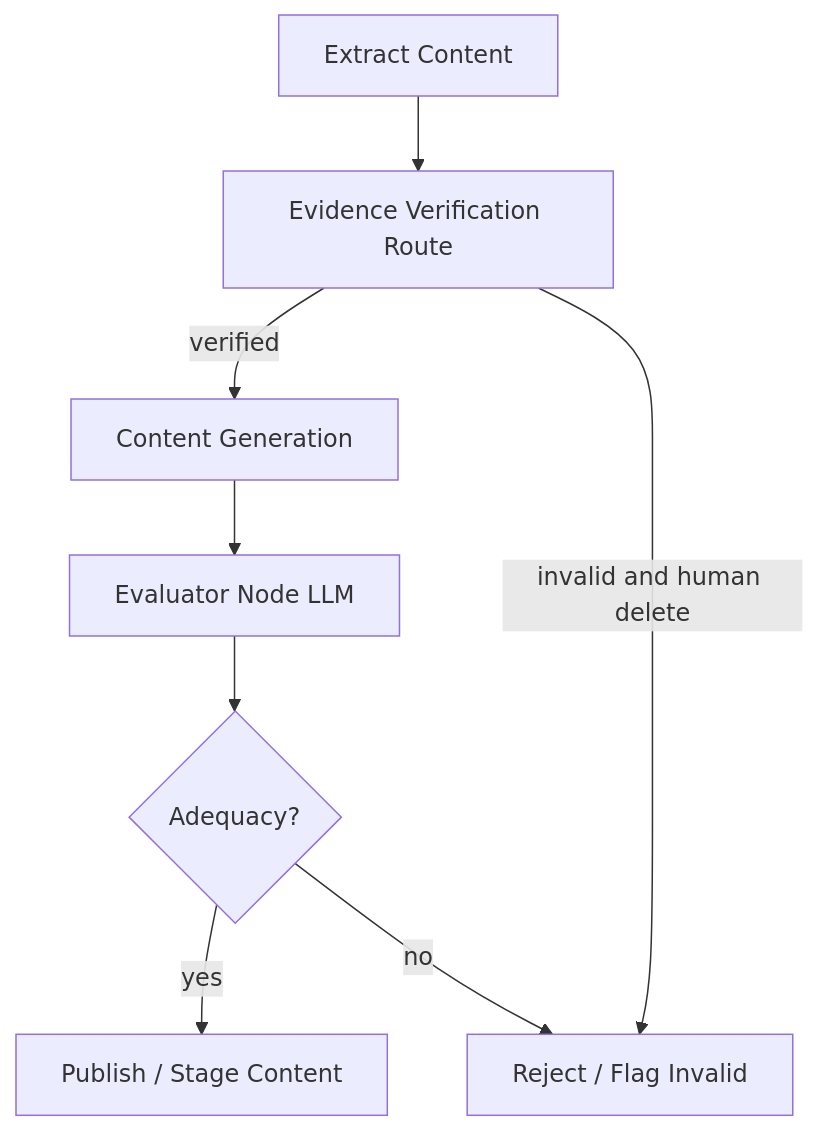
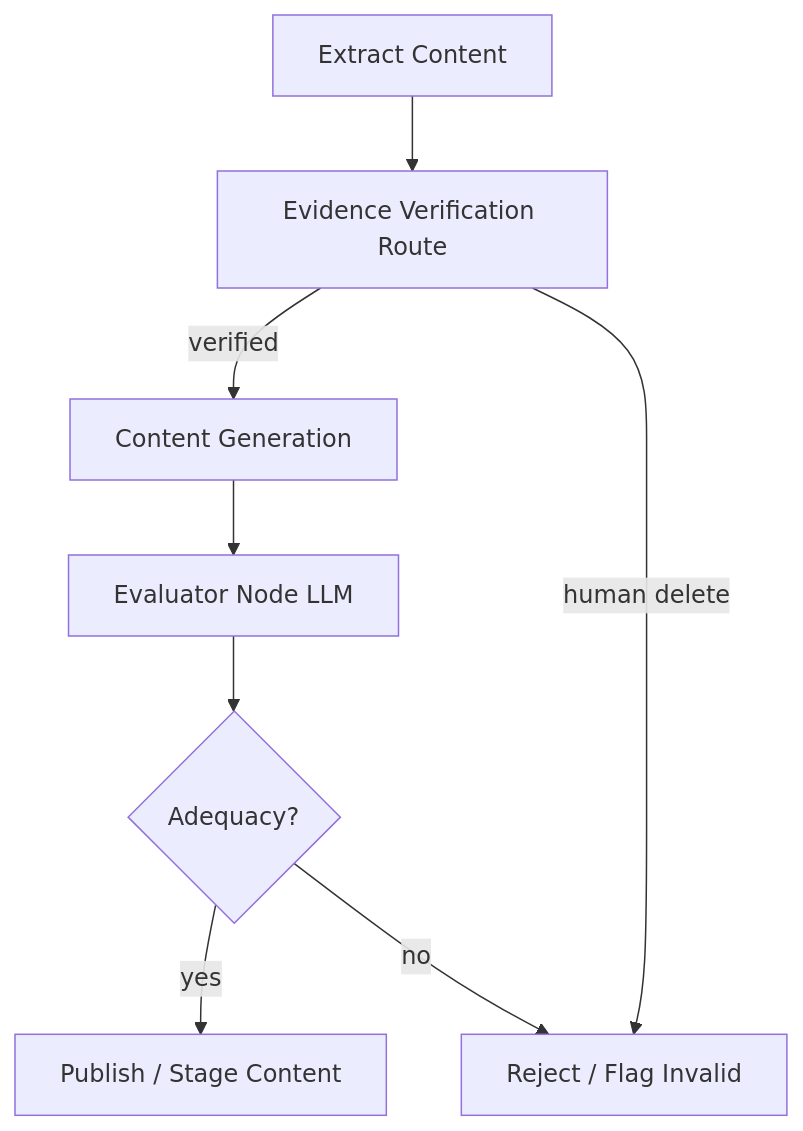
The diagram in demos/langsmith_langgraph_demo/diagrams/pipeline_flow.mmd (JCKING1278/legal-luminary), drawn with Mermaid before and after one commit.

```diff
--- a/demos/langsmith_langgraph_demo/diagrams/pipeline_flow.mmd
+++ b/demos/langsmith_langgraph_demo/diagrams/pipeline_flow.mmd
@@ -1,16 +1,16 @@
 flowchart TD
     A[Extract Content]  
     B[Evidence Verification Route]  
     C[Content Generation] 
     D[Evaluator Node LLM]
     E{Adequacy?}
     F[Publish / Stage Content]
     G[Reject / Flag Invalid]
 
     A --> B
     B -- verified --> C
-    B -- invalid and human delete --> G
+    B -- human delete --> G
     C --> D
     D --> E
     E -- yes --> F
     E -- no --> G
```
